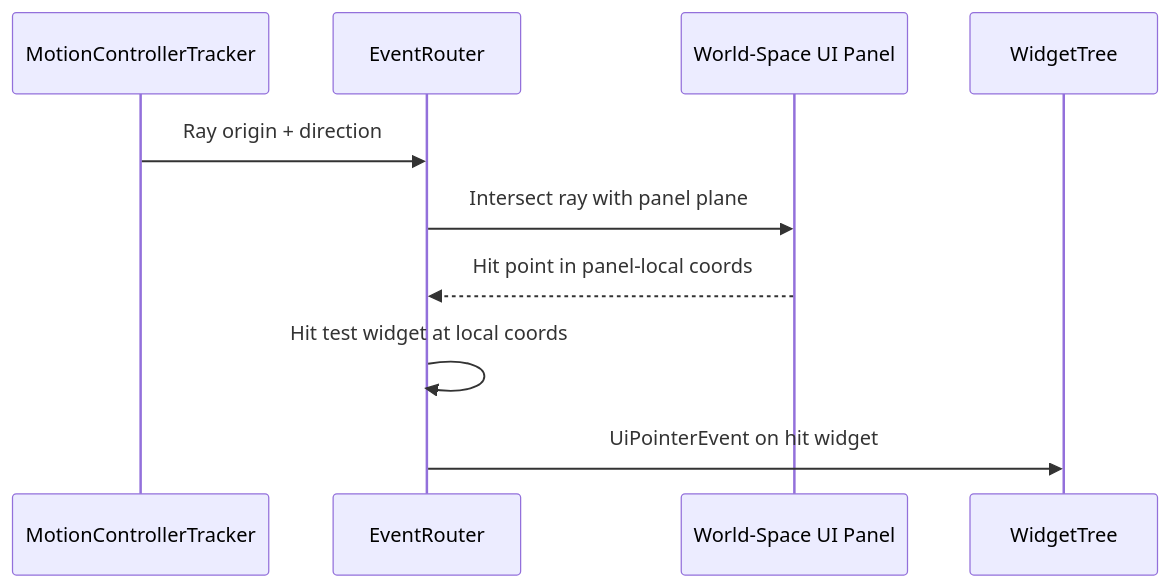
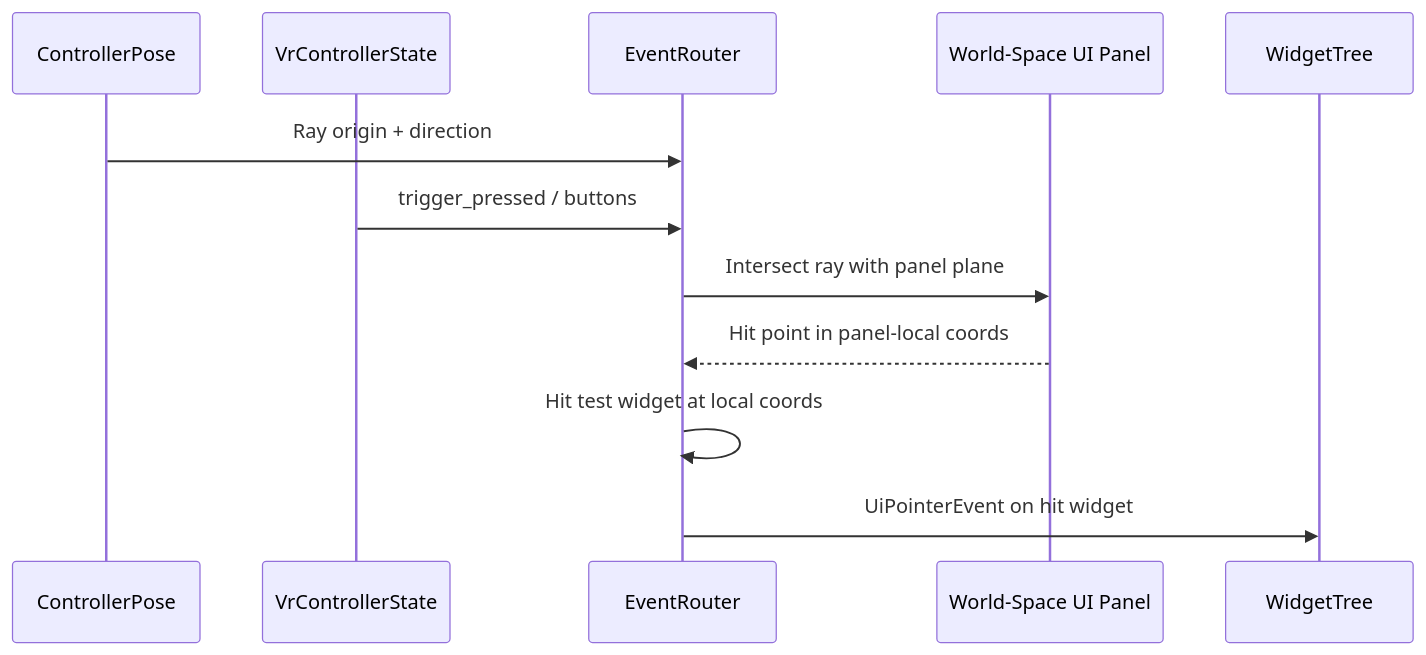
One commit to harmonius-dev/harmonius changed the third of 3 diagrams in docs/design/integration/input-ui.md. Above: the diagram before and after it, drawn with Mermaid. The commit also changed other lines of this file and 109 other files, not shown here.

````diff
--- a/docs/design/integration/input-ui.md
+++ b/docs/design/integration/input-ui.md
@@ -177,13 +271,15 @@
 ```mermaid
 sequenceDiagram
-    participant MC as MotionControllerTracker
+    participant CP as ControllerPose
+    participant VC as VrControllerState
     participant ER as EventRouter
     participant WS as World-Space UI Panel
     participant WT as WidgetTree
 
-    MC->>ER: Ray origin + direction
+    CP->>ER: Ray origin + direction
+    VC->>ER: trigger_pressed / buttons
     ER->>WS: Intersect ray with panel plane
     WS-->>ER: Hit point in panel-local coords
     ER->>ER: Hit test widget at local coords
     ER->>WT: UiPointerEvent on hit widget
 ```
````
